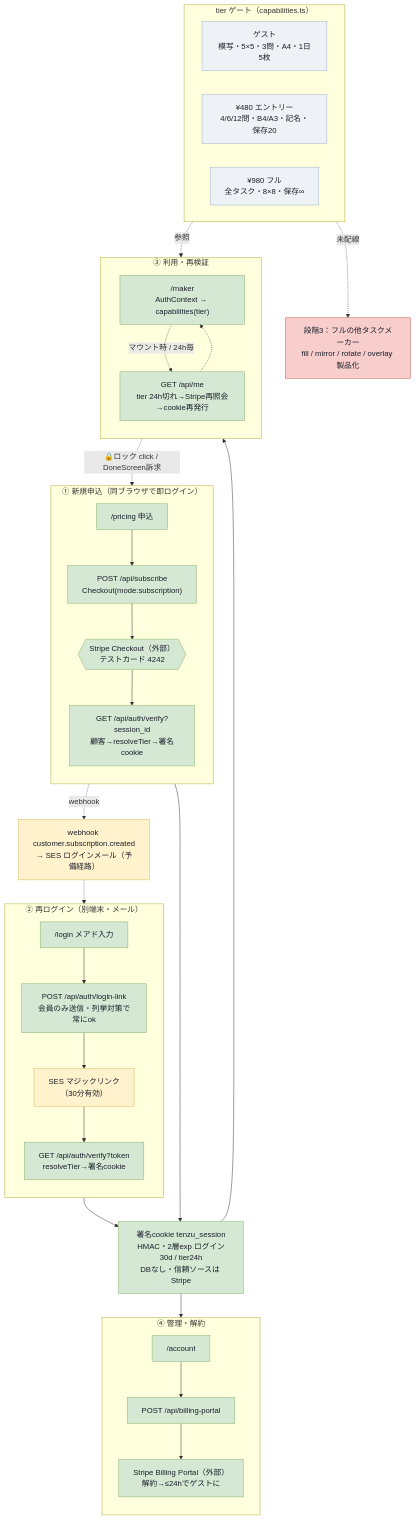
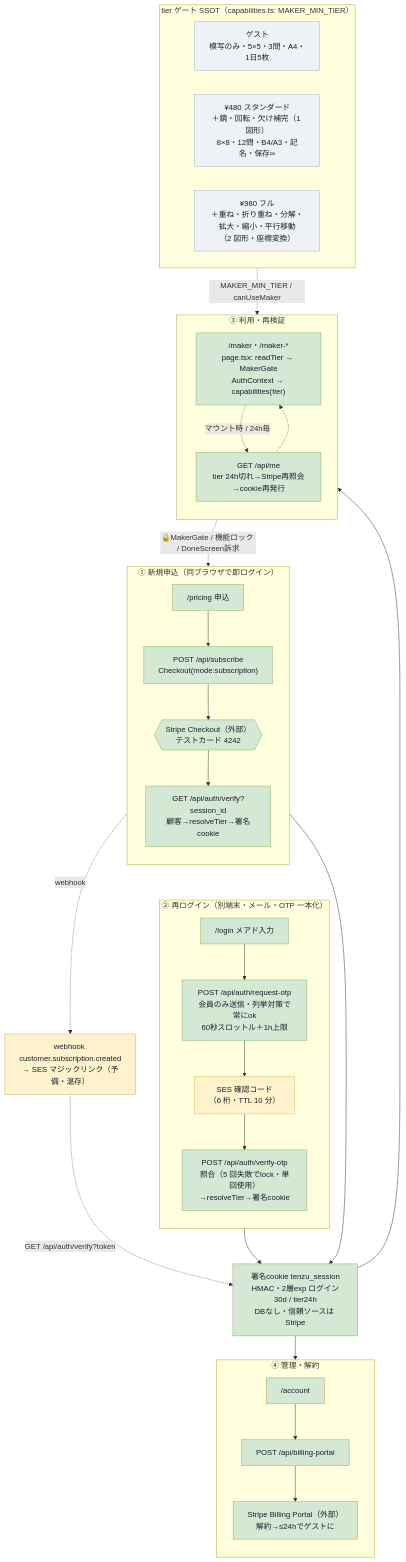
One commit to sudokko/TENZU changed the second of 2 diagrams in design/navigation/screen-flow.md. Above: the diagram before and after it, drawn with Mermaid. The commit also changed other lines of this file and 8 other files, not shown here.

````diff
--- a/design/navigation/screen-flow.md
+++ b/design/navigation/screen-flow.md
@@ -185,60 +204,57 @@
 ```mermaid
 flowchart TB
   classDef done  fill:#d5e8d4,stroke:#82b366,color:#1a1f2a;
   classDef owner fill:#fff2cc,stroke:#d6b656,color:#1a1f2a;
   classDef todo  fill:#f8cecc,stroke:#b85450,color:#1a1f2a;
   classDef tierbox fill:#eef2f7,stroke:#9bb0c9,color:#1a1f2a;
 
   subgraph A["① 新規申込（同ブラウザで即ログイン）"]
     direction TB
     A1["/pricing 申込"] --> A2["POST /api/subscribe<br/>Checkout(mode:subscription)"]
     A2 --> A3{{"Stripe Checkout（外部）<br/>テストカード 4242"}}
     A3 --> A4["GET /api/auth/verify?session_id<br/>顧客→resolveTier→署名cookie"]
   end
 
-  subgraph B["② 再ログイン（別端末・メール）"]
+  subgraph B["② 再ログイン（別端末・メール・OTP 一本化）"]
     direction TB
-    B1["/login メアド入力"] --> B2["POST /api/auth/login-link<br/>会員のみ送信・列挙対策で常にok"]
-    B2 --> B3["SES マジックリンク<br/>（30分有効）"]
-    B3 --> B4["GET /api/auth/verify?token<br/>resolveTier→署名cookie"]
+    B1["/login メアド入力"] --> B2["POST /api/auth/request-otp<br/>会員のみ送信・列挙対策で常にok<br/>60秒スロットル＋1h上限"]
+    B2 --> B3["SES 確認コード<br/>（6 桁・TTL 10 分）"]
+    B3 --> B4["POST /api/auth/verify-otp<br/>照合（5 回失敗でlock・単回使用）<br/>→resolveTier→署名cookie"]
   end
 
   COOKIE["署名cookie tenzu_session<br/>HMAC・2層exp ログイン30d / tier24h<br/>DBなし・信頼ソースは Stripe"]
   A4 --> COOKIE
   B4 --> COOKIE
 
   subgraph C["③ 利用・再検証"]
     direction TB
-    C1["/maker<br/>AuthContext → capabilities(tier)"]
+    C1["/maker・/maker-*<br/>page.tsx: readTier → MakerGate<br/>AuthContext → capabilities(tier)"]
     C2["GET /api/me<br/>tier 24h切れ→Stripe再照会→cookie再発行"]
     C1 -.->|マウント時 / 24h毎| C2
     C2 -.-> C1
   end
   COOKIE --> C1
-  C1 -.->|🔒ロック click / DoneScreen訴求| A1
+  C1 -.->|🔒MakerGate / 機能ロック / DoneScreen訴求| A1
 
   subgraph D["④ 管理・解約"]
     direction TB
     D1["/account"] --> D2["POST /api/billing-portal"]
     D2 --> D3["Stripe Billing Portal（外部）<br/>解約→≤24hでゲストに"]
   end
   COOKIE --> D1
 
-  WH["webhook customer.subscription.created<br/>→ SES ログインメール（予備経路）"]
-  A3 -.->|webhook| WH -.-> B3
+  WH["webhook customer.subscription.created<br/>→ SES マジックリンク（予備・温存）"]
+  A3 -.->|webhook| WH -.->|GET /api/auth/verify?token| COOKIE
 
-  subgraph T["tier ゲート（capabilities.ts）"]
+  subgraph T["tier ゲート SSOT（capabilities.ts: MAKER_MIN_TIER）"]
     direction LR
-    T1["ゲスト<br/>模写・5×5・3問・A4・1日5枚"]
-    T2["¥480 エントリー<br/>4/6/12問・B4/A3・記名・保存20"]
-    T3["¥980 フル<br/>全タスク・8×8・保存∞"]
+    T1["ゲスト<br/>模写のみ・5×5・3問・A4・1日5枚"]
+    T2["¥480 スタンダード<br/>＋鏡・回転・欠け補完（1 図形）<br/>8×8・12問・B4/A3・記名・保存∞"]
+    T3["¥980 フル<br/>＋重ね・折り重ね・分解・拡大・縮小・平行移動<br/>（2 図形・座標変換）"]
   end
-  T -.->|参照| C1
-
-  STAGE3["段階3：フルの他タスクメーカー<br/>fill / mirror / rotate / overlay 製品化"]:::todo
-  T3 -.->|未配線| STAGE3
+  T -.->|MAKER_MIN_TIER / canUseMaker| C1
 
   class A1,A2,A3,A4,B1,B2,B4,COOKIE,C1,C2,D1,D2,D3 done;
   class B3,WH owner;
   class T1,T2,T3 tierbox;
 ```
````
